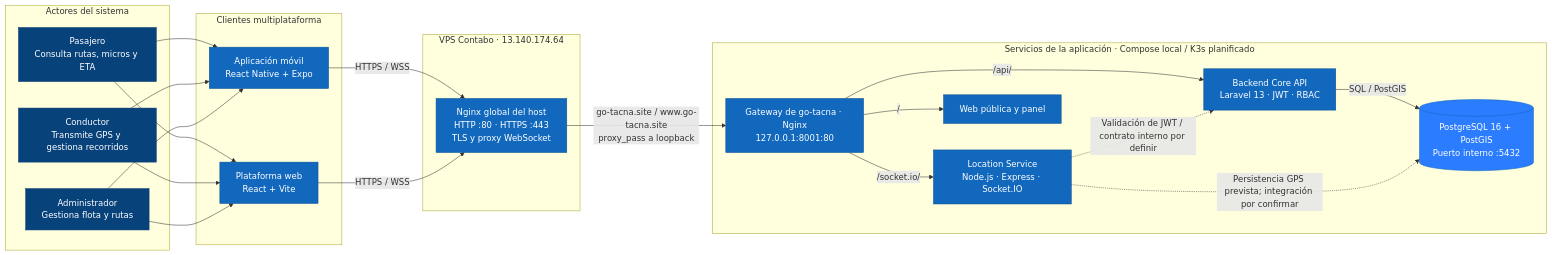
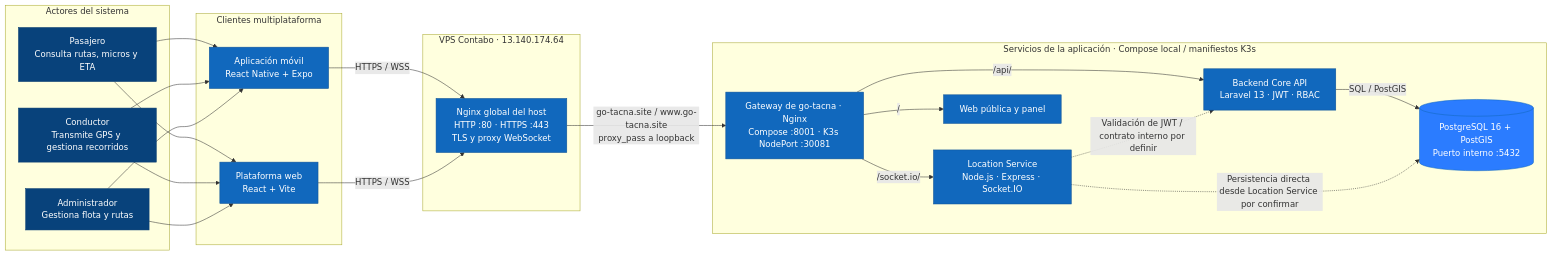
One commit to tuChaski/go-tacna-docs changed the diagram in CONTEXTO_PROYECTO_GO_TACNA.md. Above: the diagram before and after it, drawn with Mermaid. The commit also changed other lines of this file and 23 other files, not shown here.

````diff
--- a/CONTEXTO_PROYECTO_GO_TACNA.md
+++ b/CONTEXTO_PROYECTO_GO_TACNA.md
@@ -107,53 +112,53 @@
 ```mermaid
 graph LR
     subgraph Actores["Actores del sistema"]
         pasajero["Pasajero<br/>Consulta rutas, micros y ETA"]
         conductor["Conductor<br/>Transmite GPS y gestiona recorridos"]
         admin["Administrador<br/>Gestiona flota y rutas"]
     end
 
     subgraph Clientes["Clientes multiplataforma"]
         movil["Aplicación móvil<br/>React Native + Expo"]
         web["Plataforma web<br/>React + Vite"]
     end
 
     subgraph VPS["VPS Contabo · 13.140.174.64"]
         hostNginx["Nginx global del host<br/>HTTP :80 · HTTPS :443<br/>TLS y proxy WebSocket"]
     end
 
-    subgraph Servicios["Servicios de la aplicación · Compose local / K3s planificado"]
-        appGateway["Gateway de go-tacna · Nginx<br/>127.0.0.1:8001:80"]
+    subgraph Servicios["Servicios de la aplicación · Compose local / manifiestos K3s"]
+        appGateway["Gateway de go-tacna · Nginx<br/>Compose :8001 · K3s NodePort :30081"]
         backend["Backend Core API<br/>Laravel 13 · JWT · RBAC"]
         realtime["Location Service<br/>Node.js · Express · Socket.IO"]
         frontend["Web pública y panel"]
         db[("PostgreSQL 16 + PostGIS<br/>Puerto interno :5432")]
     end
 
     pasajero --> movil
     pasajero --> web
     conductor --> movil
     conductor --> web
     admin --> movil
     admin --> web
 
     movil -->|"HTTPS / WSS"| hostNginx
     web -->|"HTTPS / WSS"| hostNginx
     hostNginx -->|"go-tacna.site / www.go-tacna.site<br/>proxy_pass a loopback"| appGateway
 
     appGateway -->|"/"| frontend
     appGateway -->|"/api/"| backend
     appGateway -->|"/socket.io/"| realtime
 
     backend -->|"SQL / PostGIS"| db
-    realtime -.->|"Persistencia GPS prevista; integración por confirmar"| db
+    realtime -.->|"Persistencia directa desde Location Service por confirmar"| db
     realtime -.->|"Validación de JWT / contrato interno por definir"| backend
 
     classDef actor fill:#08427b,stroke:#073b6f,color:#fff
     classDef client fill:#1168bd,stroke:#0e5296,color:#fff
     classDef service fill:#1168bd,stroke:#0e5296,color:#fff
     classDef database fill:#2b7cff,stroke:#1168bd,color:#fff
     class pasajero,conductor,admin actor
     class movil,web client
     class hostNginx,appGateway,backend,realtime,frontend service
     class db database
 ```
````
